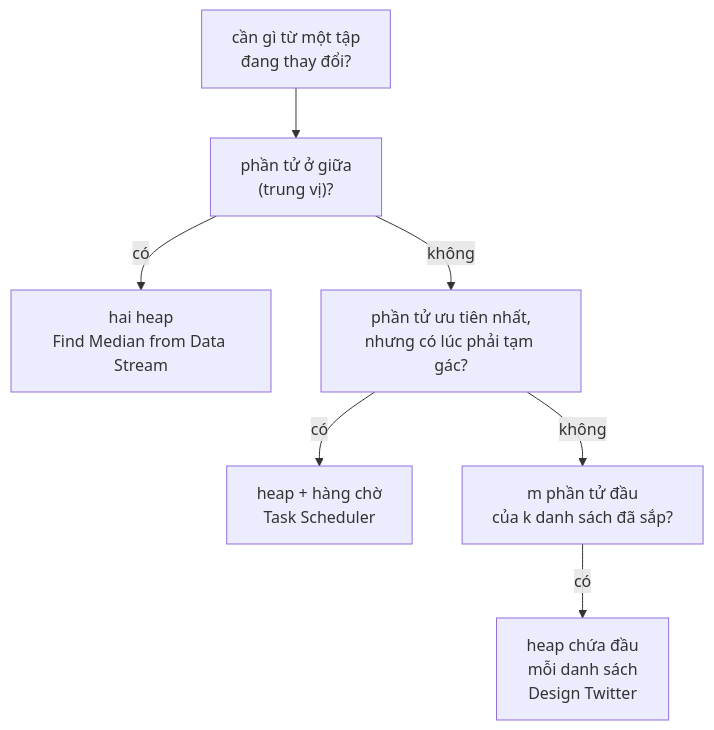
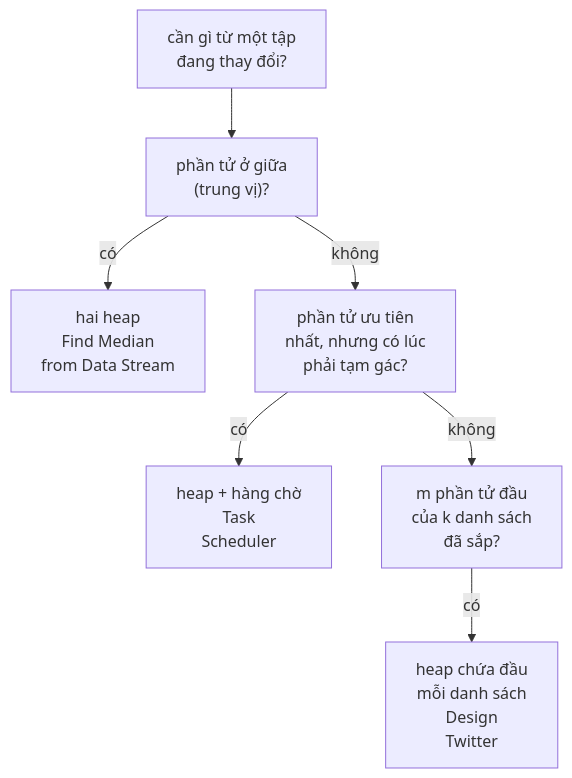
The diagram in content/posts/2026-11-24-neetcode-two-heaps.md (duongbui234/software-engineering-atlas), drawn with Mermaid before and after one commit. The commit also changed 134 other files, not shown here.

First line of the commit message:
Fit every Mermaid diagram at 390px without sideways scroll (#56)

````diff
--- a/content/posts/2026-11-24-neetcode-two-heaps.md
+++ b/content/posts/2026-11-24-neetcode-two-heaps.md
@@ -51,9 +51,9 @@
 ```mermaid
 flowchart TB
   A["cần gì từ một tập<br/>đang thay đổi?"] --> B["phần tử ở giữa<br/>(trung vị)?"]
-  B -->|"có"| C["hai heap<br/>Find Median from Data Stream"]
-  B -->|"không"| D["phần tử ưu tiên nhất,<br/>nhưng có lúc phải tạm gác?"]
-  D -->|"có"| E["heap + hàng chờ<br/>Task Scheduler"]
-  D -->|"không"| F["m phần tử đầu<br/>của k danh sách đã sắp?"]
-  F -->|"có"| G["heap chứa đầu<br/>mỗi danh sách<br/>Design Twitter"]
+  B -->|"có"| C["hai heap<br/>Find Median<br/>from Data Stream"]
+  B -->|"không"| D["phần tử ưu tiên<br/>nhất, nhưng có lúc<br/>phải tạm gác?"]
+  D -->|"có"| E["heap + hàng chờ<br/>Task<br/>Scheduler"]
+  D -->|"không"| F["m phần tử đầu<br/>của k danh sách<br/>đã sắp?"]
+  F -->|"có"| G["heap chứa đầu<br/>mỗi danh sách<br/>Design<br/>Twitter"]
 ```
````
